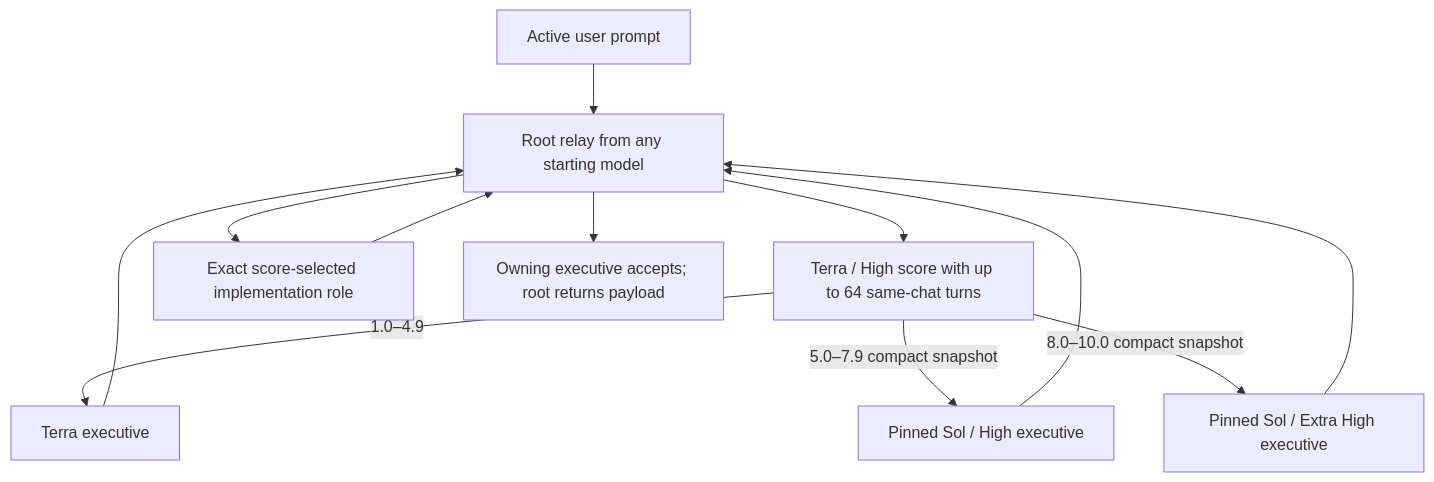
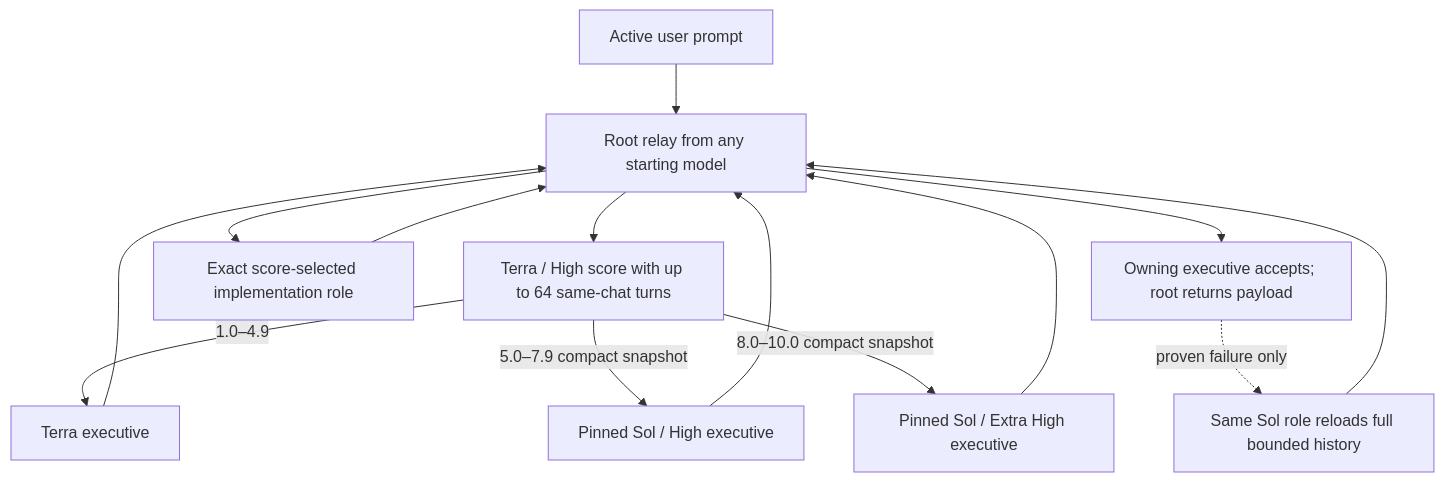
The diagram in README.md (jessejaffe/codex-orchestration), drawn with Mermaid before and after one commit. The commit also changed other lines of this file and 8 other files, not shown here.

````diff
--- a/README.md
+++ b/README.md
@@ -94,14 +99,16 @@
 ```mermaid
 flowchart TD
     U["Active user prompt"] --> H["Root relay from any starting model"]
     H --> T["Terra / High score with up to 64 same-chat turns"]
     T -->|"1.0–4.9"| L["Terra executive"]
     L --> H
     T -->|"5.0–7.9 compact snapshot"| S["Pinned Sol / High executive"]
     T -->|"8.0–10.0 compact snapshot"| X["Pinned Sol / Extra High executive"]
     S --> H
     X --> H
     H --> P["Exact score-selected implementation role"]
     P --> H
     H --> R["Owning executive accepts; root returns payload"]
+    R -. "proven failure only" .-> F["Same Sol role reloads full bounded history"]
+    F --> H
 ```
````
